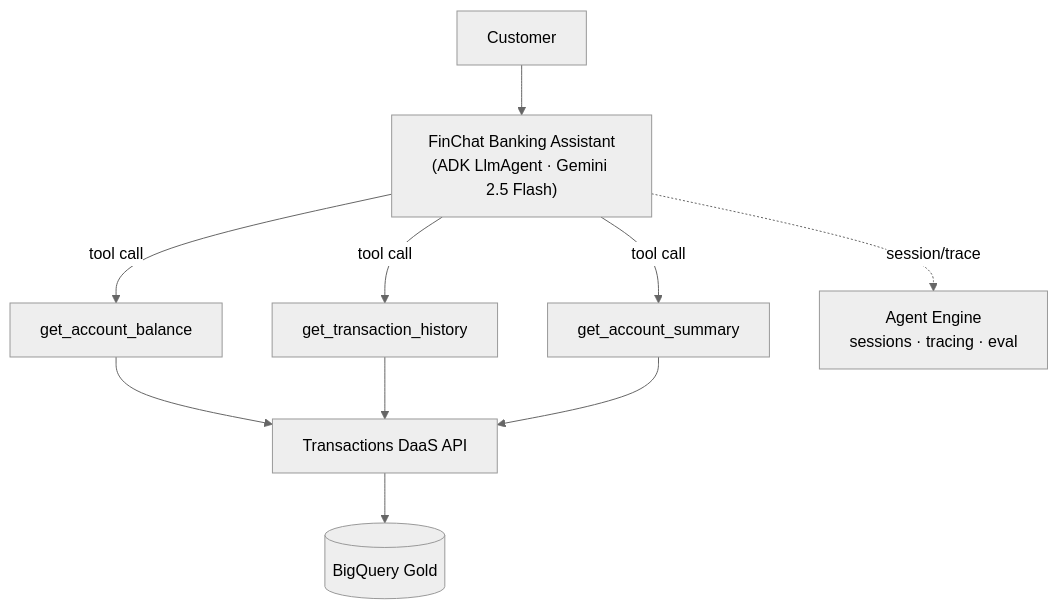
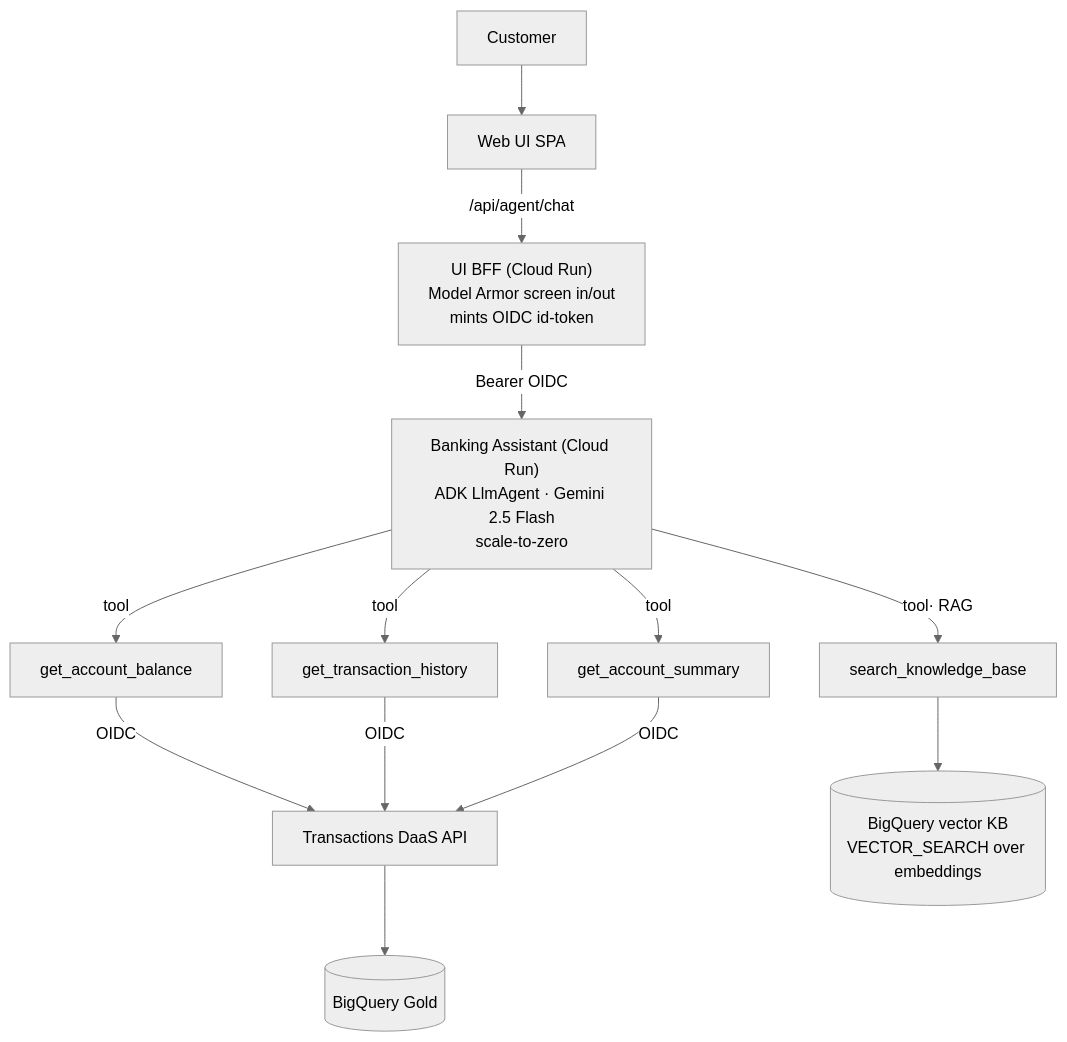
Before and after one commit to jeremydegardeyn/finchat: the first of 3 diagrams in docs/04-agent-architecture.md, drawn with Mermaid (neutral theme). The commit also changed other lines of this file and 6 other files, not shown here.

First line of the commit message:
docs: refresh for Cloud Run agents, RAG, BFF OIDC, CLS grant, dim seed

````diff
--- a/docs/04-agent-architecture.md
+++ b/docs/04-agent-architecture.md
@@ -10,10 +11,13 @@
 ```mermaid
 flowchart TB
-    U[Customer] --> A["FinChat Banking Assistant<br/>(ADK LlmAgent · Gemini 2.5 Flash)"]
-    A -->|tool call| T1[get_account_balance]
-    A -->|tool call| T2[get_transaction_history]
-    A -->|tool call| T3[get_account_summary]
-    T1 & T2 & T3 --> API["Transactions DaaS API"]
+    U[Customer] --> UI[Web UI SPA]
+    UI -->|/api/agent/chat| BFF["UI BFF (Cloud Run)<br/>Model Armor screen in/out<br/>mints OIDC id-token"]
+    BFF -->|Bearer OIDC| A["Banking Assistant (Cloud Run)<br/>ADK LlmAgent · Gemini 2.5 Flash<br/>scale-to-zero"]
+    A -->|tool| T1[get_account_balance]
+    A -->|tool| T2[get_transaction_history]
+    A -->|tool| T3[get_account_summary]
+    A -->|tool· RAG| T4[search_knowledge_base]
+    T1 & T2 & T3 -->|OIDC| API["Transactions DaaS API"]
     API --> GLD[(BigQuery Gold)]
-    A -.session/trace.-> AE["Agent Engine<br/>sessions · tracing · eval"]
+    T4 --> VEC[("BigQuery vector KB<br/>VECTOR_SEARCH over embeddings")]
 ```
````
